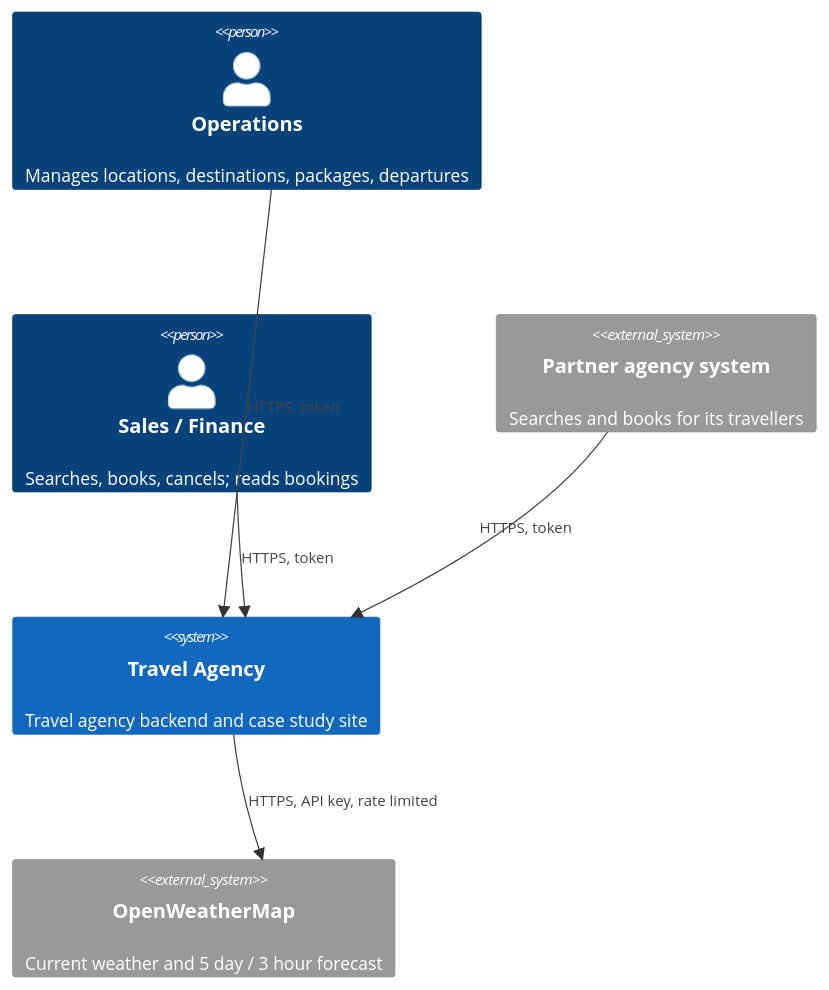
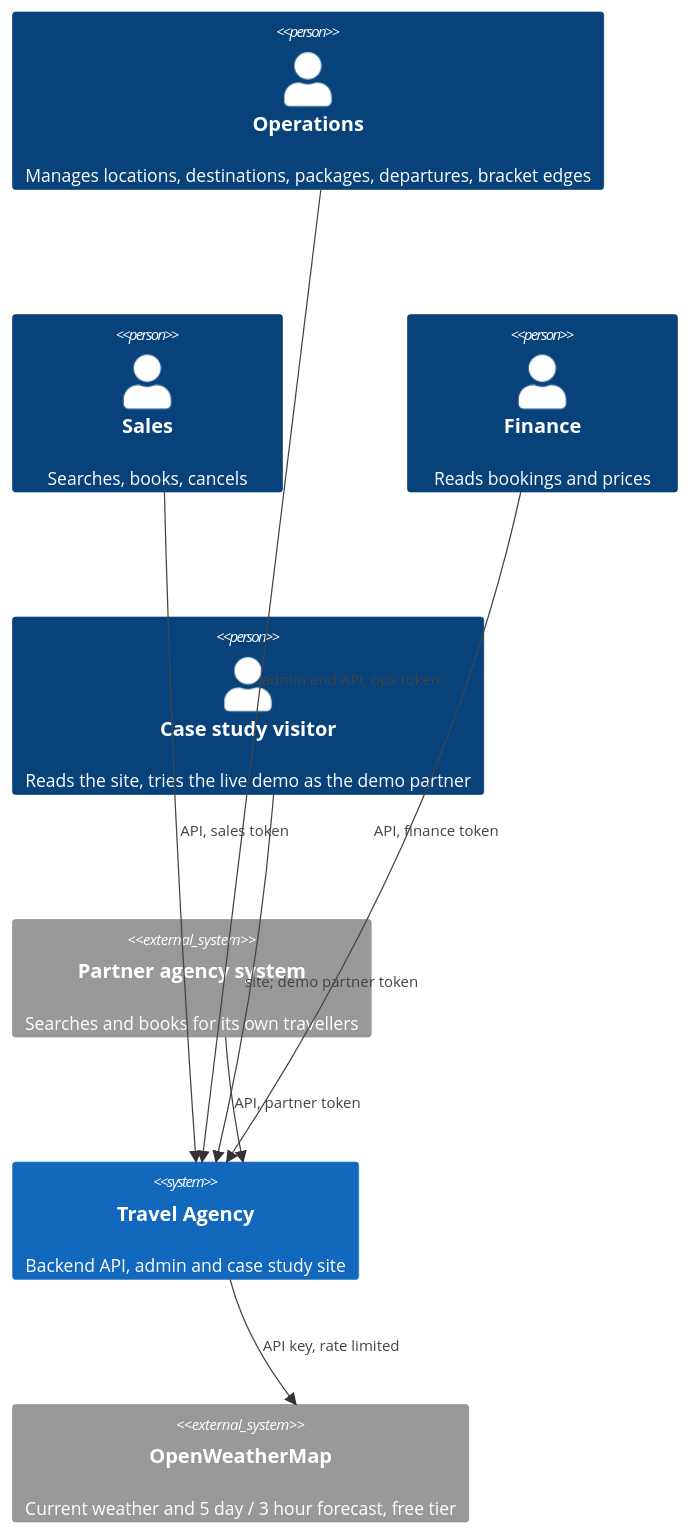
The first of 5 diagrams in docs/02-architecture.md (AlitalipSever/travel-agency), drawn with Mermaid before and after one commit. The commit also changed other lines of this file and 6 other files, not shown here.

Commit message:
Architecture §3 reviewed: visitor and finance as actors, demo partner for the live demo, corrected I/O table with formats, technical context with partners column and the external channels (ACME, DNS, Hetzner API, browser, queue); A17, N6.7, domain, API, runbook and B9 follow

````diff
--- a/docs/02-architecture.md
+++ b/docs/02-architecture.md
@@ -136,12 +136,16 @@
 ```mermaid
 C4Context
-  Person(ops, "Operations", "Manages locations, destinations, packages, departures")
-  Person(sales, "Sales / Finance", "Searches, books, cancels; reads bookings")
-  System_Ext(partner, "Partner agency system", "Searches and books for its travellers")
-  System(travel-agency, "Travel Agency", "Travel agency backend and case study site")
-  System_Ext(owm, "OpenWeatherMap", "Current weather and 5 day / 3 hour forecast")
-  Rel(ops, travel-agency, "HTTPS, token")
-  Rel(sales, travel-agency, "HTTPS, token")
-  Rel(partner, travel-agency, "HTTPS, token")
-  Rel(travel-agency, owm, "HTTPS, API key, rate limited")
+  Person(ops, "Operations", "Manages locations, destinations, packages, departures, bracket edges")
+  Person(sales, "Sales", "Searches, books, cancels")
+  Person(finance, "Finance", "Reads bookings and prices")
+  Person(visitor, "Case study visitor", "Reads the site, tries the live demo as the demo partner")
+  System_Ext(partner, "Partner agency system", "Searches and books for its own travellers")
+  System(travel-agency, "Travel Agency", "Backend API, admin and case study site")
+  System_Ext(owm, "OpenWeatherMap", "Current weather and 5 day / 3 hour forecast, free tier")
+  Rel(ops, travel-agency, "admin and API, ops token")
+  Rel(sales, travel-agency, "API, sales token")
+  Rel(finance, travel-agency, "API, finance token")
+  Rel(partner, travel-agency, "API, partner token")
+  Rel(visitor, travel-agency, "site; demo partner token")
+  Rel(travel-agency, owm, "API key, rate limited")
 ```
````
